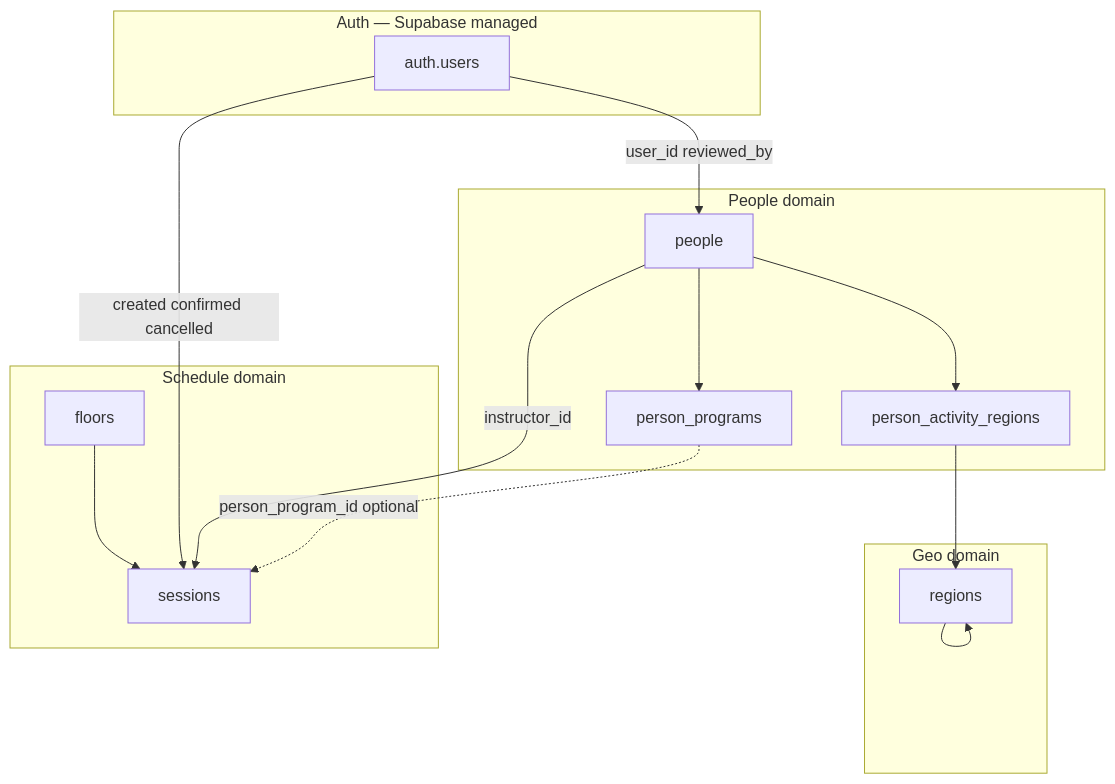
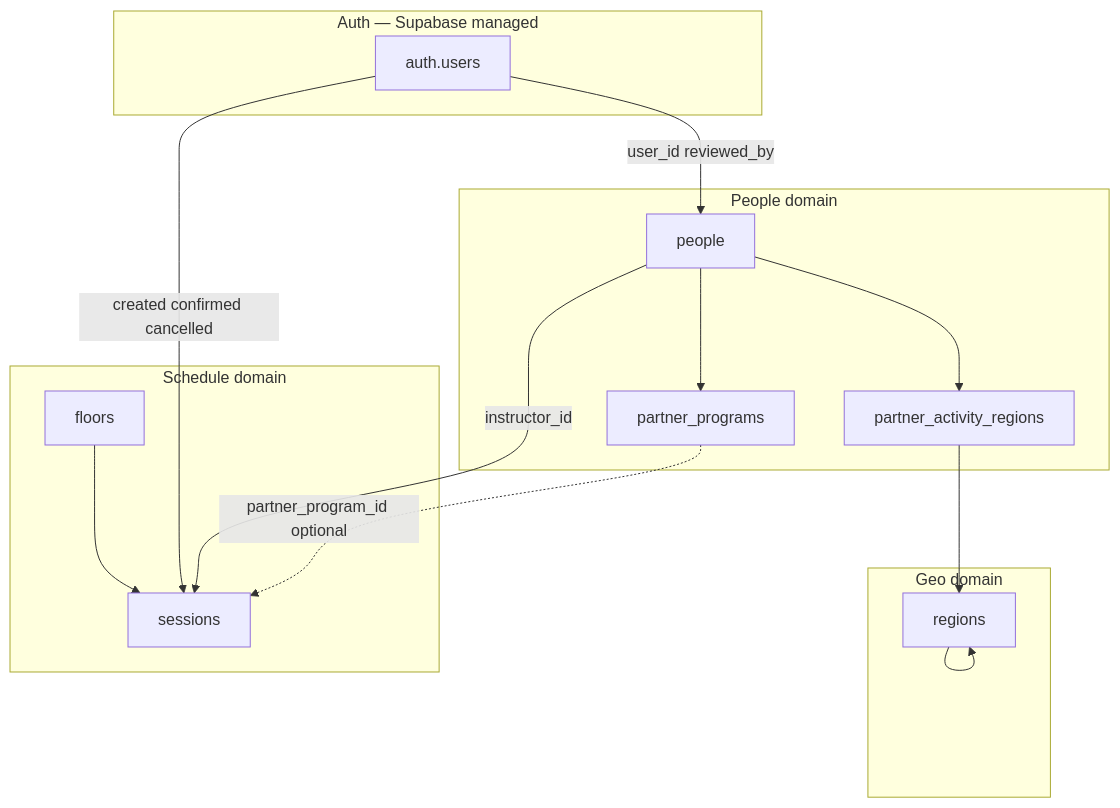
Before and after one commit to greatgiho/thewellnesskorea: the third of 5 diagrams in docs/architecture-audit-log.md, drawn with Mermaid. The commit also changed other lines of this file and 126 other files, not shown here.

````diff
--- a/docs/architecture-audit-log.md
+++ b/docs/architecture-audit-log.md
@@ -154,31 +154,31 @@
 ```mermaid
 flowchart TB
     subgraph auth [Auth — Supabase managed]
         AU[auth.users]
     end
 
     subgraph people [People domain]
         P[people]
-        PP[person_programs]
-        PAR[person_activity_regions]
+        PP[partner_programs]
+        PAR[partner_activity_regions]
         P --> PP
         P --> PAR
     end
 
     subgraph geo [Geo domain]
         R[regions]
         R --> R
         PAR --> R
     end
 
     subgraph schedule [Schedule domain]
         F[floors]
         S[sessions]
         F --> S
     end
 
     AU -->|user_id reviewed_by| P
     AU -->|created confirmed cancelled| S
     P -->|instructor_id| S
-    PP -.->|person_program_id optional| S
+    PP -.->|partner_program_id optional| S
 ```
````
